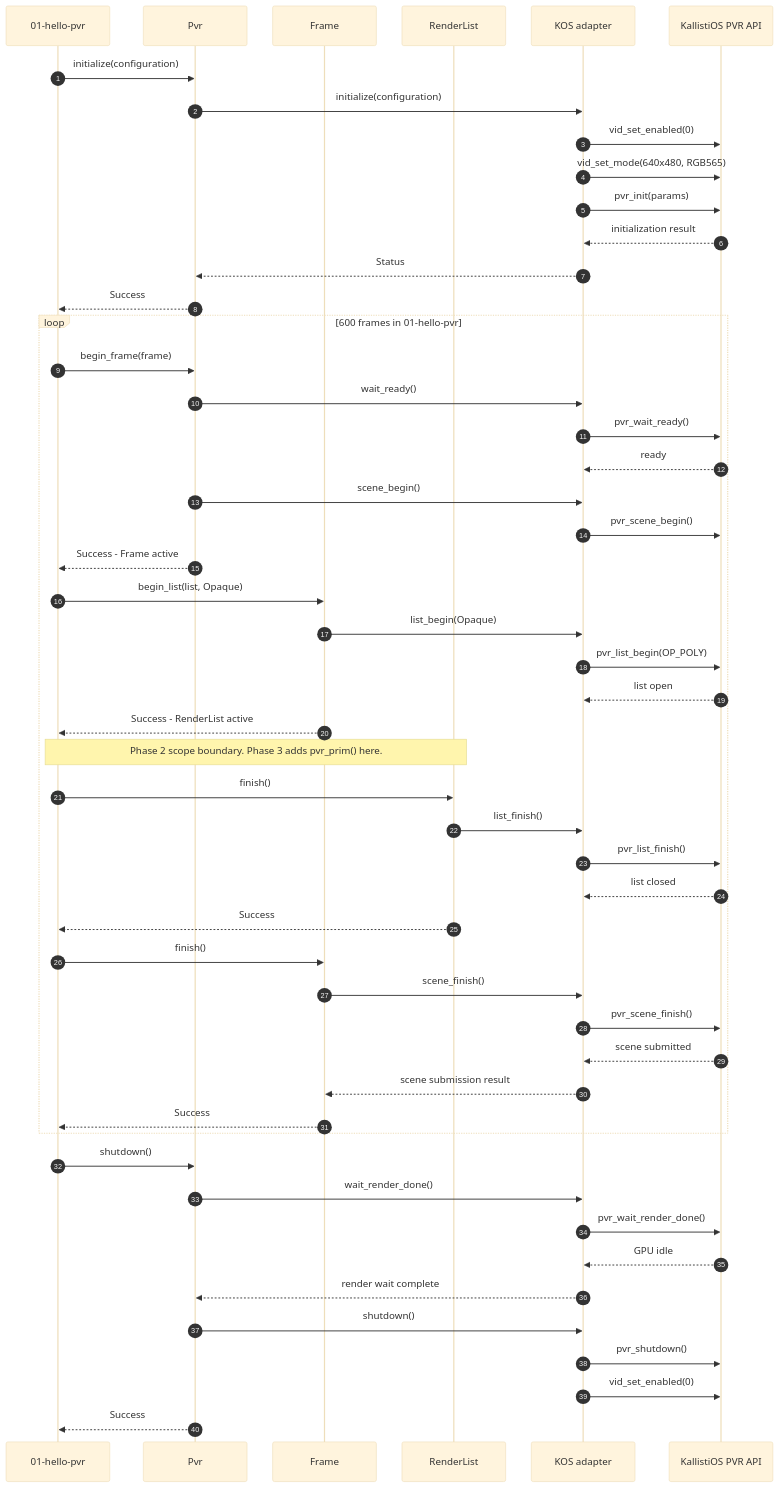
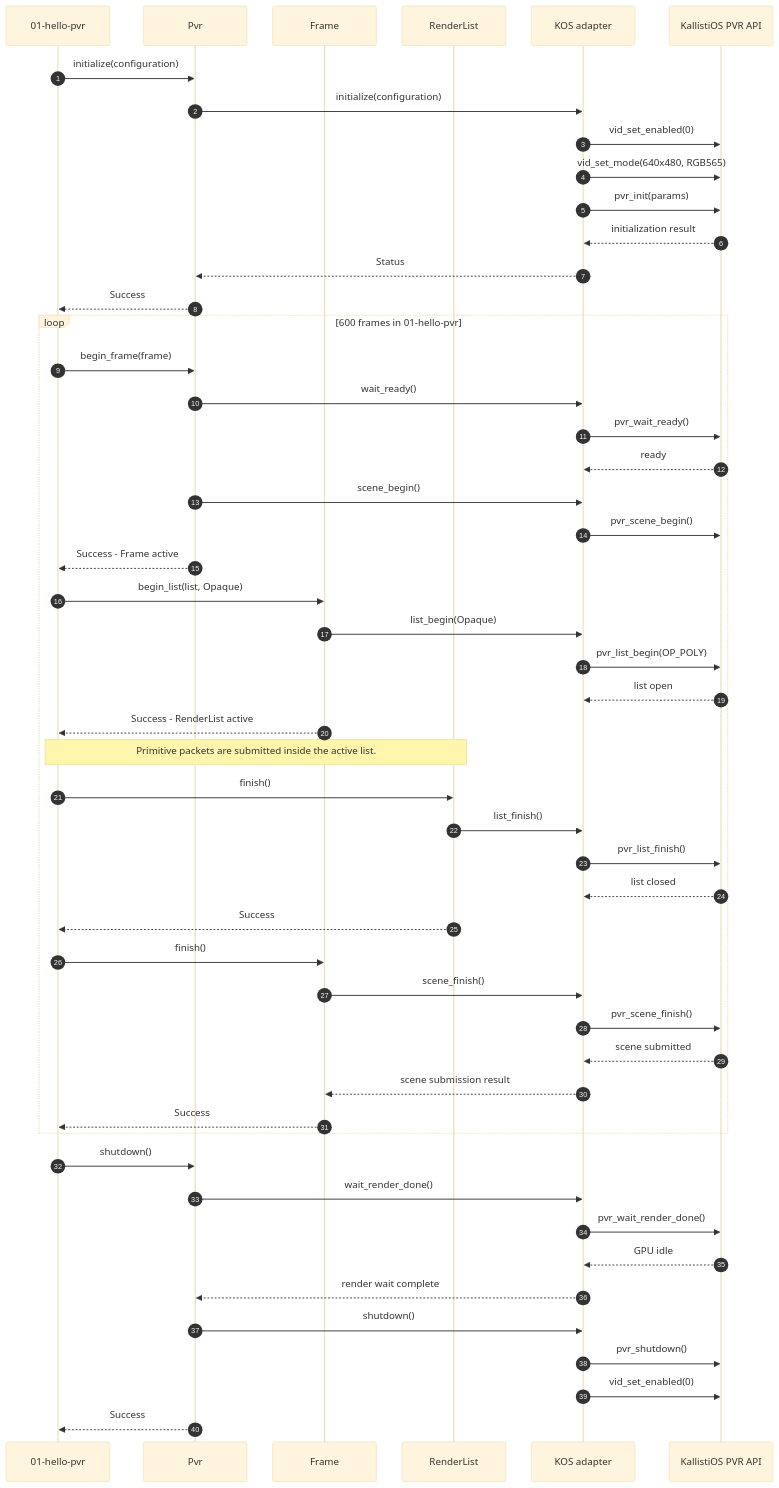
One commit to maishuji/maishuji-lab changed the second of 2 diagrams in docs/architecture-diagrams.md. Above: the diagram before and after it, drawn with Mermaid. The commit also changed other lines of this file and 15 other files, not shown here.

First line of the commit message:
feat(pvr): add colored primitive submission

```diff
--- a/docs/architecture-diagrams.md
+++ b/docs/architecture-diagrams.md
@@ -65,61 +65,61 @@
 ~~~mermaid
 %%{init: {"theme": "base", "sequence": {"useMaxWidth": true, "wrap": true, "diagramMarginX": 28, "diagramMarginY": 18, "actorMargin": 42, "width": 170}}}%%
 sequenceDiagram
     autonumber
     participant App as 01-hello-pvr
     participant Pvr as Pvr
     participant Frame as Frame
     participant List as RenderList
     participant Backend as KOS adapter
     participant KOS as KallistiOS PVR API
 
     App->>Pvr: initialize(configuration)
     Pvr->>Backend: initialize(configuration)
     Backend->>KOS: vid_set_enabled(0)
     Backend->>KOS: vid_set_mode(640x480, RGB565)
     Backend->>KOS: pvr_init(params)
     KOS-->>Backend: initialization result
     Backend-->>Pvr: Status
     Pvr-->>App: Success
 
     loop 600 frames in 01-hello-pvr
         App->>Pvr: begin_frame(frame)
         Pvr->>Backend: wait_ready()
         Backend->>KOS: pvr_wait_ready()
         KOS-->>Backend: ready
         Pvr->>Backend: scene_begin()
         Backend->>KOS: pvr_scene_begin()
         Pvr-->>App: Success - Frame active
 
         App->>Frame: begin_list(list, Opaque)
         Frame->>Backend: list_begin(Opaque)
         Backend->>KOS: pvr_list_begin(OP_POLY)
         KOS-->>Backend: list open
         Frame-->>App: Success - RenderList active
 
-        Note over App,List: Phase 2 scope boundary. Phase 3 adds pvr_prim() here.
+        Note over App,List: Primitive packets are submitted inside the active list.
 
         App->>List: finish()
         List->>Backend: list_finish()
         Backend->>KOS: pvr_list_finish()
         KOS-->>Backend: list closed
         List-->>App: Success
 
         App->>Frame: finish()
         Frame->>Backend: scene_finish()
         Backend->>KOS: pvr_scene_finish()
         KOS-->>Backend: scene submitted
         Backend-->>Frame: scene submission result
         Frame-->>App: Success
     end
 
     App->>Pvr: shutdown()
     Pvr->>Backend: wait_render_done()
     Backend->>KOS: pvr_wait_render_done()
     KOS-->>Backend: GPU idle
     Backend-->>Pvr: render wait complete
     Pvr->>Backend: shutdown()
     Backend->>KOS: pvr_shutdown()
     Backend->>KOS: vid_set_enabled(0)
     Pvr-->>App: Success
 ~~~
```
